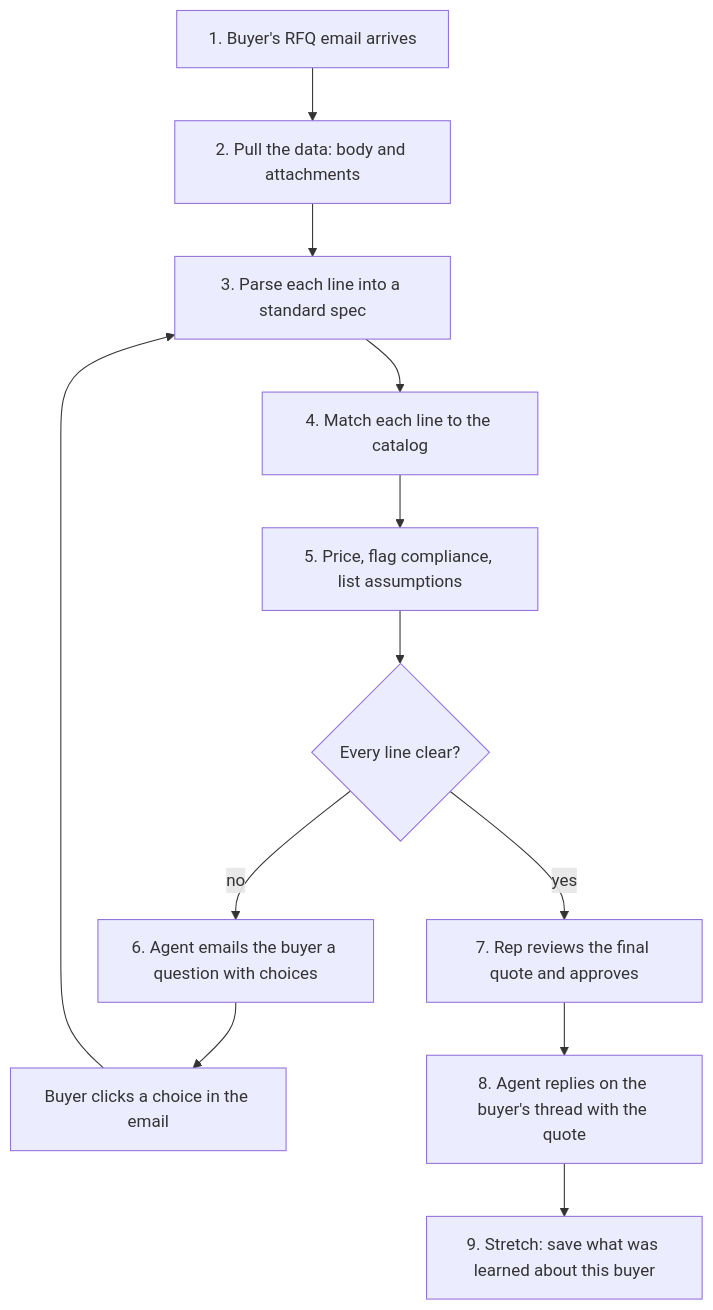
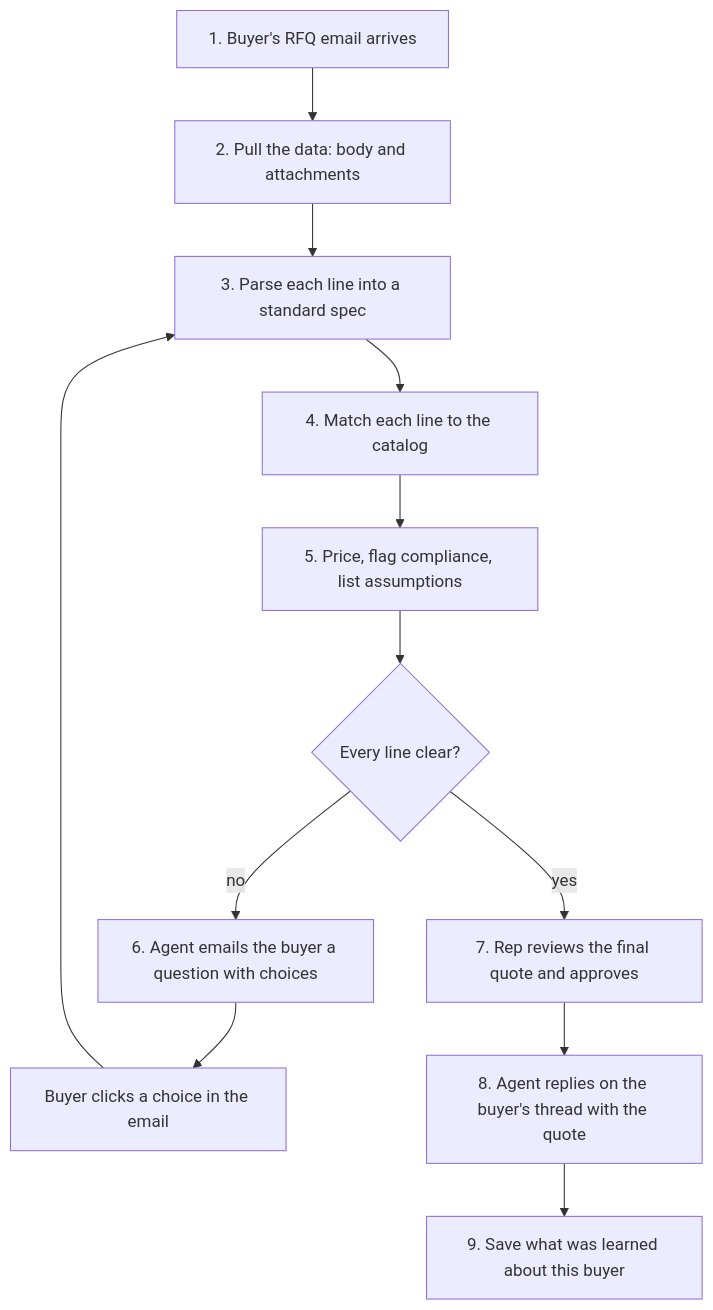
One commit to kenxle/columbia-startup-lab-get-hired-hack changed the diagram in docs/product/WORKFLOW.md. Above: the diagram before and after it, drawn with Mermaid. The commit also changed other lines of this file and 6 other files, not shown here.

````diff
--- a/docs/product/WORKFLOW.md
+++ b/docs/product/WORKFLOW.md
@@ -17,14 +17,14 @@
 ```mermaid
 flowchart TD
     A["1. Buyer's RFQ email arrives"] --> B["2. Pull the data: body and attachments"]
     B --> C["3. Parse each line into a standard spec"]
     C --> D["4. Match each line to the catalog"]
     D --> E["5. Price, flag compliance, list assumptions"]
     E --> F{"Every line clear?"}
     F -- no --> G["6. Agent emails the buyer a question with choices"]
     G --> H["Buyer clicks a choice in the email"]
     H --> C
     F -- yes --> I["7. Rep reviews the final quote and approves"]
     I --> J["8. Agent replies on the buyer's thread with the quote"]
-    J --> K["9. Stretch: save what was learned about this buyer"]
+    J --> K["9. Save what was learned about this buyer"]
 ```
````
